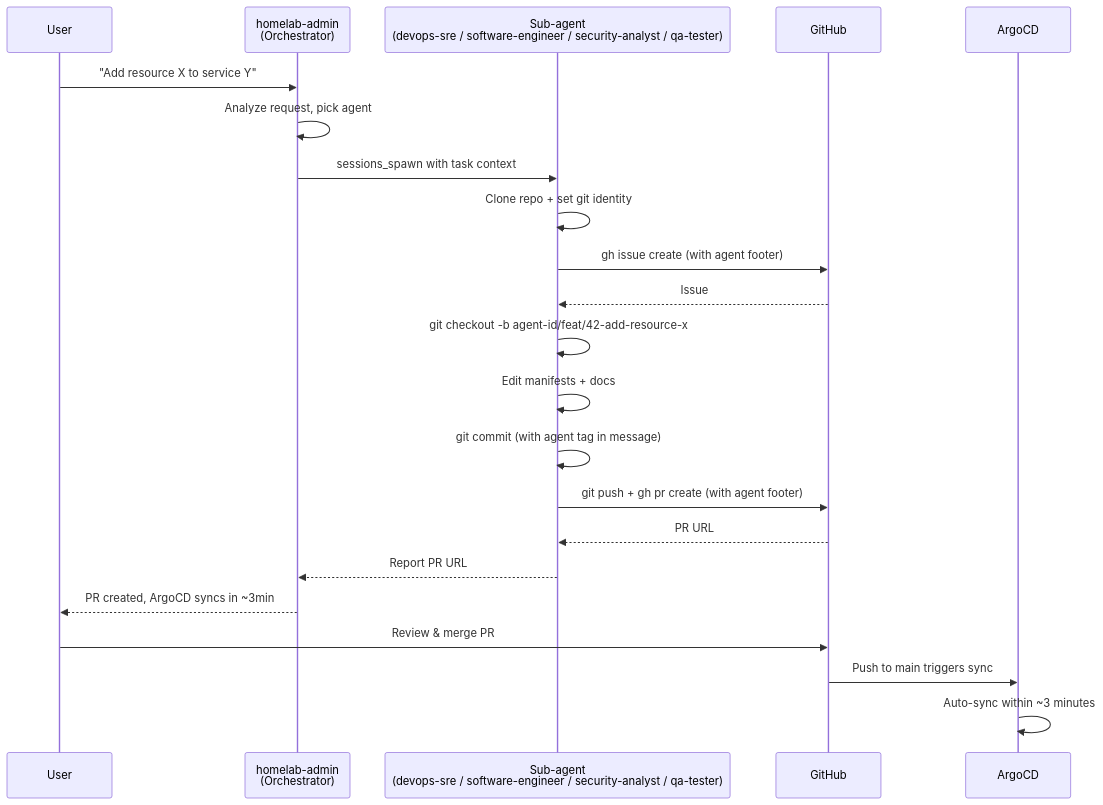
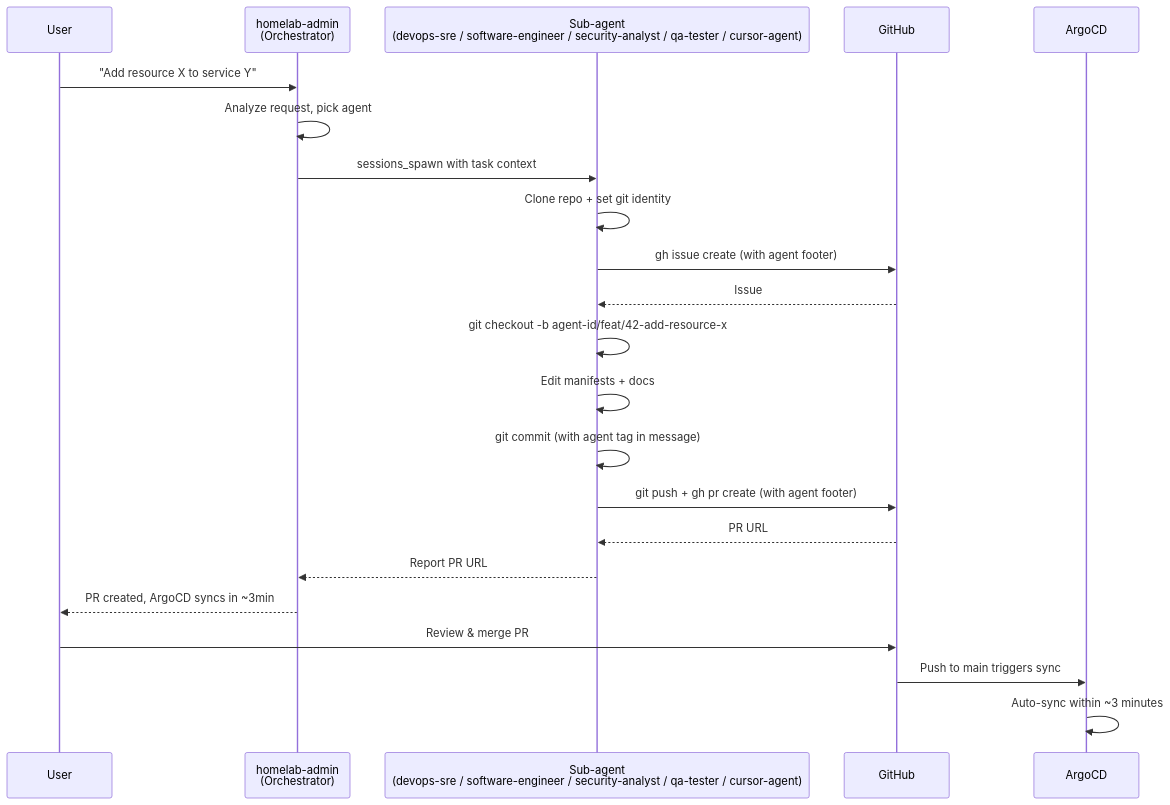
Before and after one commit to haingth77/homelab: the third of 6 diagrams in k8s/apps/openclaw/README.md, drawn with Mermaid. The commit also changed other lines of this file and 9 other files, not shown here.

First line of the commit message:
feat: add cursor-agent OpenClaw subagent for Cursor CLI bridge (#100)

````diff
--- a/k8s/apps/openclaw/README.md
+++ b/k8s/apps/openclaw/README.md
@@ -136,28 +136,28 @@
 ```mermaid
 sequenceDiagram
     participant User
     participant HA as homelab-admin<br/>(Orchestrator)
-    participant SA as Sub-agent<br/>(devops-sre / software-engineer / security-analyst / qa-tester)
+    participant SA as Sub-agent<br/>(devops-sre / software-engineer / security-analyst / qa-tester / cursor-agent)
     participant GH as GitHub
     participant Argo as ArgoCD
 
     User->>HA: "Add resource X to service Y"
     HA->>HA: Analyze request, pick agent
     HA->>SA: sessions_spawn with task context
 
     SA->>SA: Clone repo + set git identity
     SA->>GH: gh issue create (with agent footer)
     GH-->>SA: Issue #42
     SA->>SA: git checkout -b agent-id/feat/42-add-resource-x
     SA->>SA: Edit manifests + docs
     SA->>SA: git commit (with agent tag in message)
     SA->>GH: git push + gh pr create (with agent footer)
     GH-->>SA: PR URL
 
     SA-->>HA: Report PR URL
     HA-->>User: PR created, ArgoCD syncs in ~3min
 
     User->>GH: Review & merge PR
     GH->>Argo: Push to main triggers sync
     Argo->>Argo: Auto-sync within ~3 minutes
 ```
````
